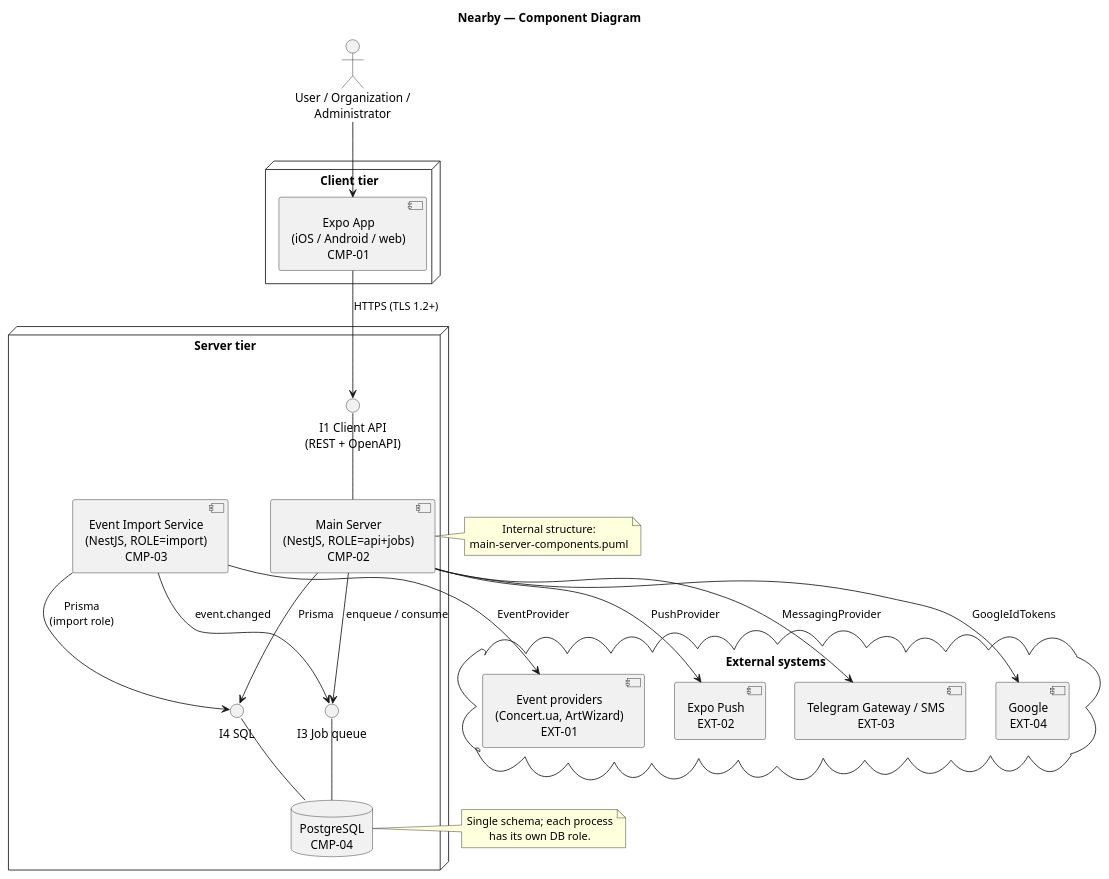
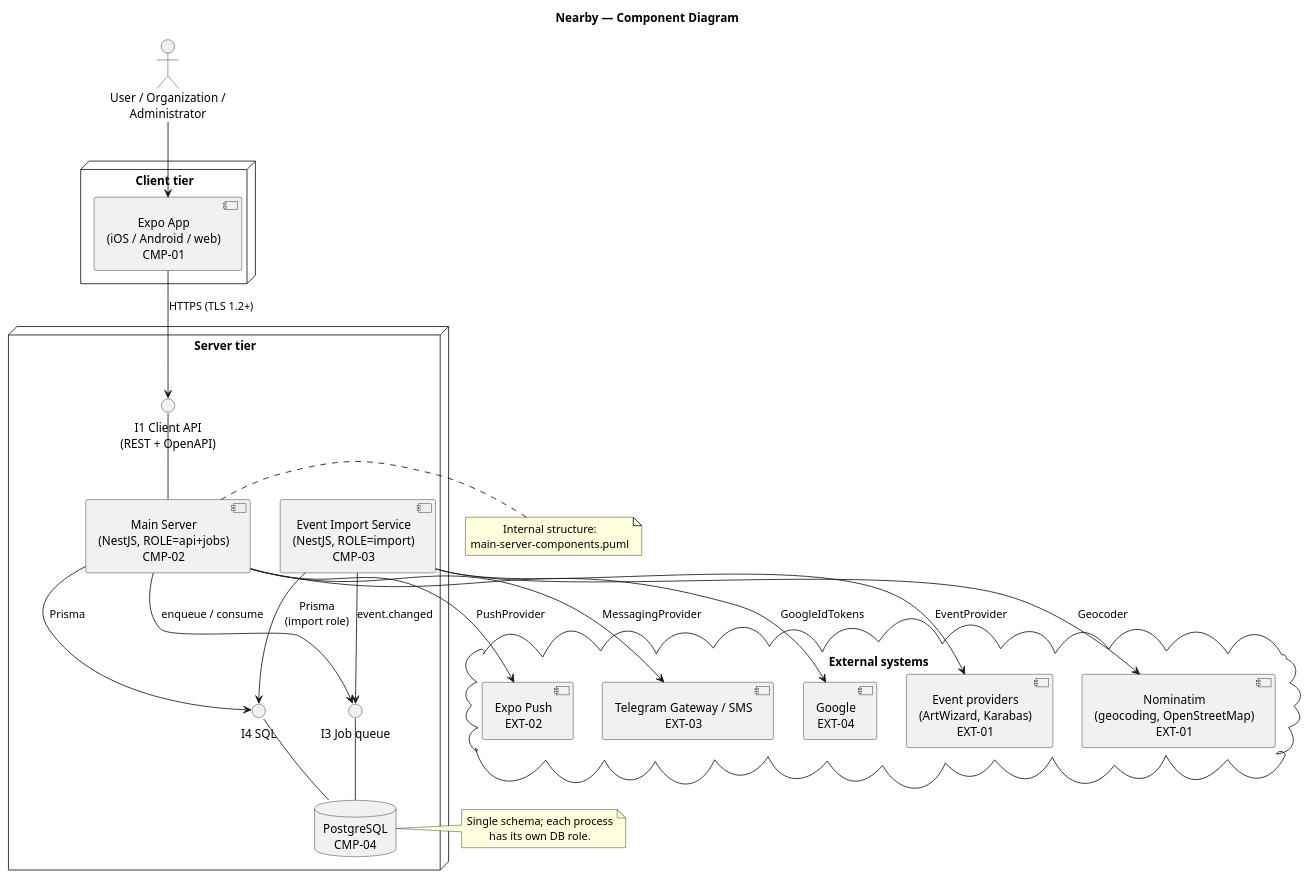
Before and after one commit to ukma-fin-ssdm-2026/pun-intended-team: the diagram in docs/architecture/uml/component-diagram.puml, drawn with PlantUML. The commit also changed 12 other files, not shown here.

```diff
--- a/docs/architecture/uml/component-diagram.puml
+++ b/docs/architecture/uml/component-diagram.puml
@@ -1,61 +1,63 @@
 @startuml component-diagram
 /'
   AI Usage Note
   Drafted with Claude from an architecture discussion led by Viktoriia Baran.
 '/
 title Nearby — Component Diagram
 
 skinparam componentStyle uml2
 skinparam shadowing false
 skinparam defaultTextAlignment center
 
 actor "User / Organization /\nAdministrator" as Actor
 
 node "Client tier" {
   [Expo App\n(iOS / Android / web)\nCMP-01] as CMP01
 }
 
 node "Server tier" {
   () "I1 Client API\n(REST + OpenAPI)" as I1
   [Main Server\n(NestJS, ROLE=api+jobs)\nCMP-02] as CMP02
   [Event Import Service\n(NestJS, ROLE=import)\nCMP-03] as CMP03
 
   () "I4 SQL" as I4
   () "I3 Job queue" as I3
   database "PostgreSQL\nCMP-04" as CMP04
 }
 
 cloud "External systems" {
   [Expo Push\nEXT-02] as EXT02
   [Telegram Gateway / SMS\nEXT-03] as EXT03
   [Google\nEXT-04] as EXT04
-  [Event providers\n(Concert.ua, ArtWizard)\nEXT-01] as EXT01
+  [Event providers\n(ArtWizard, Karabas)\nEXT-01] as EXT01
+  [Nominatim\n(geocoding, OpenStreetMap)\nEXT-01] as NOMINATIM
 }
 
 Actor --> CMP01
 CMP01 -down-> I1 : HTTPS (TLS 1.2+)
 I1 -down- CMP02
 
 CMP02 -down-> I4 : Prisma
 CMP03 -down-> I4 : Prisma\n(import role)
 CMP02 -down-> I3 : enqueue / consume
 CMP03 -down-> I3 : event.changed
 I4 -down- CMP04
 I3 -down- CMP04
 
 CMP02 -down-> EXT02 : «PushProvider»
 CMP02 -down-> EXT03 : «MessagingProvider»
 CMP02 -down-> EXT04 : «GoogleIdTokens»
 CMP03 -down-> EXT01 : «EventProvider»
+CMP03 -down-> NOMINATIM : «Geocoder»
 
 note right of CMP04
   Single schema; each process
   has its own DB role.
 end note
 
 note left of CMP02
   Internal structure:
   main-server-components.puml
 end note
 
 @enduml
```
